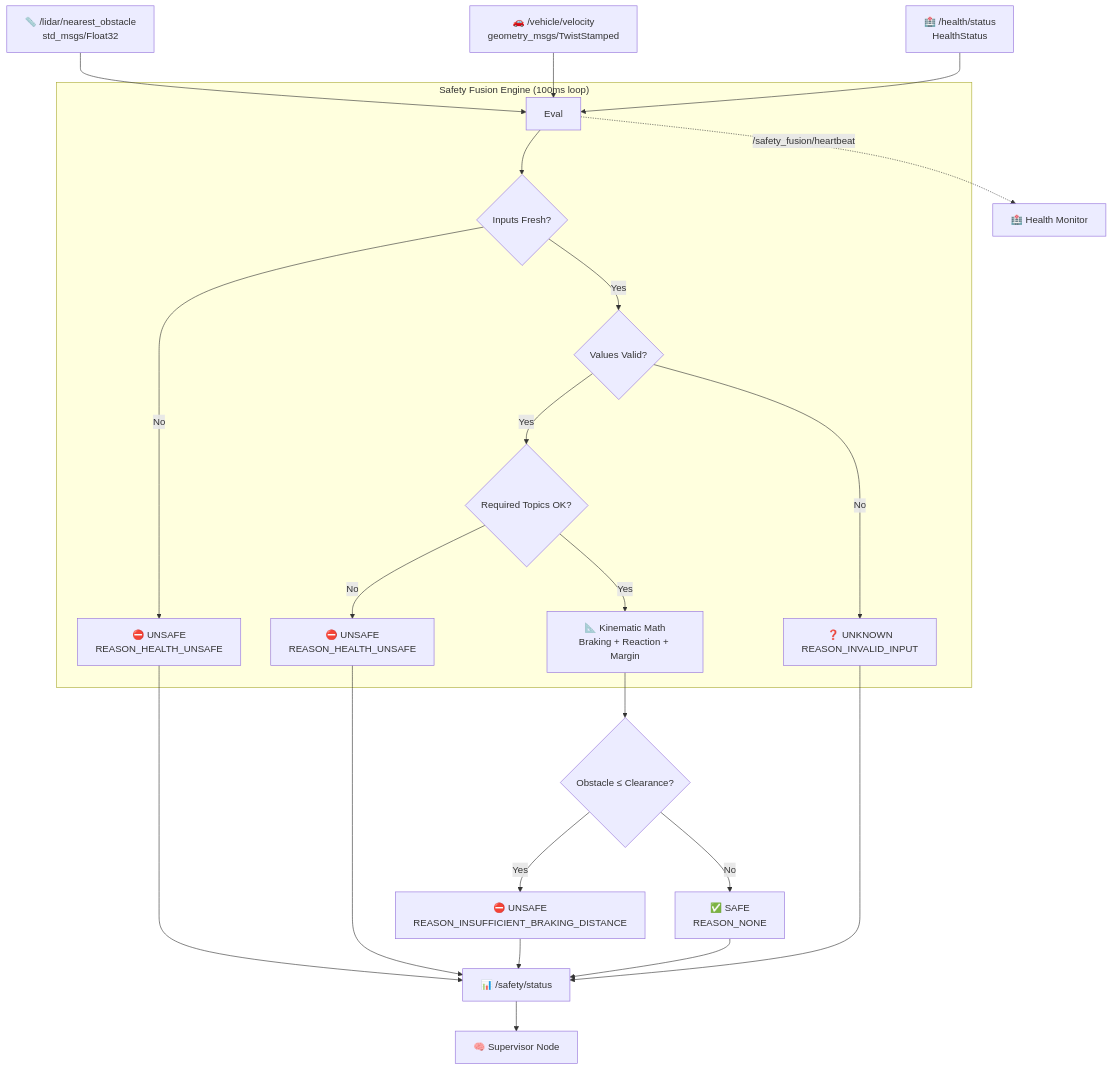
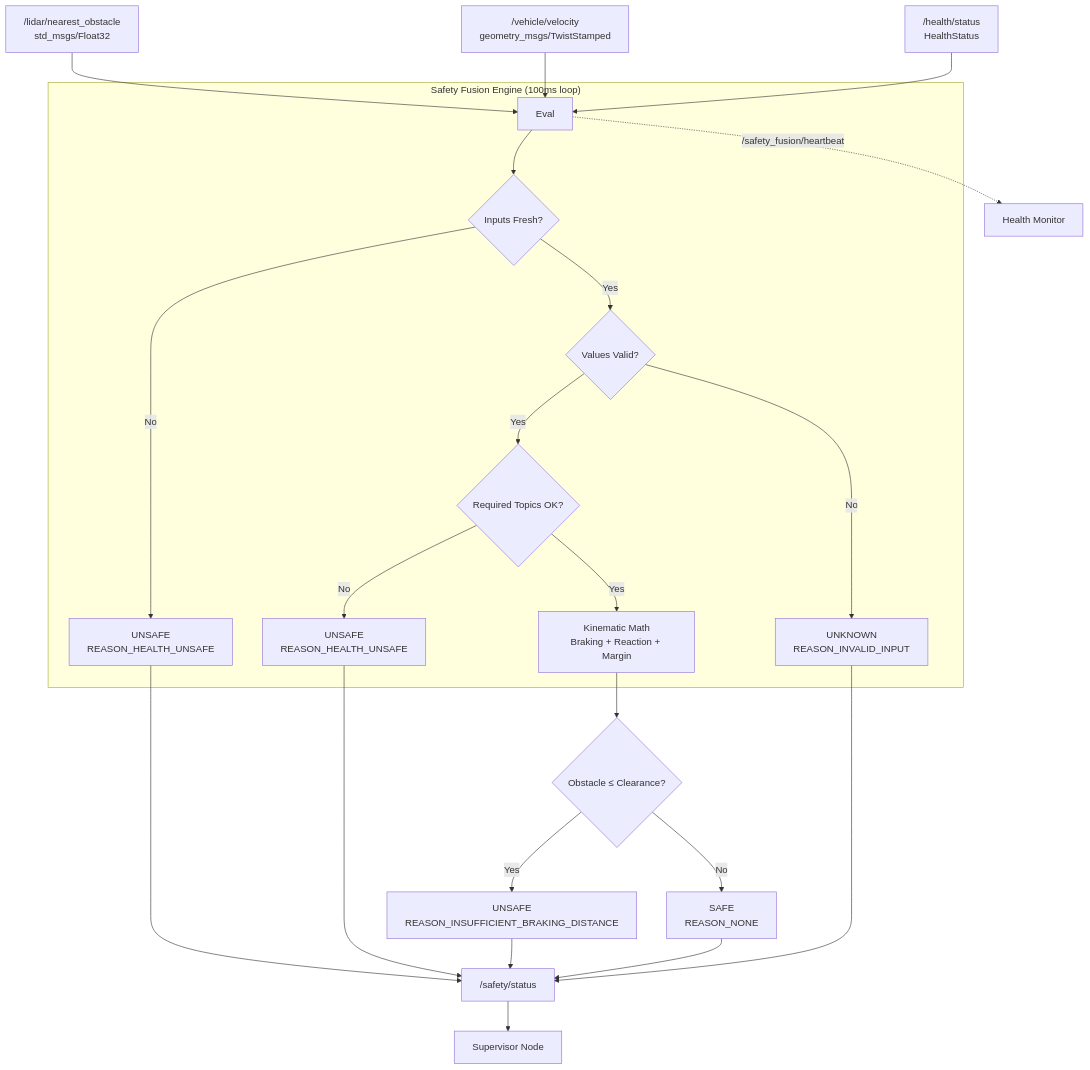
Before and after one commit to NILAMATHI1999/drone-health-modular-framework: the first of 3 diagrams in src/drone_health_safety_example/README.md, drawn with Mermaid. The commit also changed other lines of this file, not shown here.

Commit message:
Refactor README formatting and content structure

````diff
--- a/src/drone_health_safety_example/README.md
+++ b/src/drone_health_safety_example/README.md
@@ -12,29 +12,29 @@
 ```mermaid
 graph TD
-    Obs["📏 /lidar/nearest_obstacle<br/>std_msgs/Float32"] --> Eval
-    Vel["🚗 /vehicle/velocity<br/>geometry_msgs/TwistStamped"] --> Eval
-    Health["🏥 /health/status<br/>HealthStatus"] --> Eval
+    Obs[" /lidar/nearest_obstacle<br/>std_msgs/Float32"] --> Eval
+    Vel[" /vehicle/velocity<br/>geometry_msgs/TwistStamped"] --> Eval
+    Health[" /health/status<br/>HealthStatus"] --> Eval
 
     subgraph Core ["Safety Fusion Engine (100ms loop)"]
         Fresh{Inputs Fresh?}
         Valid{Values Valid?}
         HealthCheck{Required Topics OK?}
-        Math["📐 Kinematic Math<br/>Braking + Reaction + Margin"]
+        Math[" Kinematic Math<br/>Braking + Reaction + Margin"]
         Eval --> Fresh
-        Fresh -->|No| Unsafe1["⛔ UNSAFE<br/>REASON_HEALTH_UNSAFE"]
+        Fresh -->|No| Unsafe1[" UNSAFE<br/>REASON_HEALTH_UNSAFE"]
         Fresh -->|Yes| Valid
-        Valid -->|No| Unknown1["❓ UNKNOWN<br/>REASON_INVALID_INPUT"]
+        Valid -->|No| Unknown1[" UNKNOWN<br/>REASON_INVALID_INPUT"]
         Valid -->|Yes| HealthCheck
-        HealthCheck -->|No| Unsafe2["⛔ UNSAFE<br/>REASON_HEALTH_UNSAFE"]
+        HealthCheck -->|No| Unsafe2[" UNSAFE<br/>REASON_HEALTH_UNSAFE"]
         HealthCheck -->|Yes| Math
     end
 
     Math --> Decision{Obstacle ≤ Clearance?}
-    Decision -->|Yes| Unsafe3["⛔ UNSAFE<br/>REASON_INSUFFICIENT_BRAKING_DISTANCE"]
-    Decision -->|No| Safe["✅ SAFE<br/>REASON_NONE"]
+    Decision -->|Yes| Unsafe3[" UNSAFE<br/>REASON_INSUFFICIENT_BRAKING_DISTANCE"]
+    Decision -->|No| Safe[" SAFE<br/>REASON_NONE"]
 
-    Unsafe1 & Unsafe2 & Unsafe3 & Safe & Unknown1 --> Pub["📊 /safety/status"]
-    Pub --> SV["🧠 Supervisor Node"]
+    Unsafe1 & Unsafe2 & Unsafe3 & Safe & Unknown1 --> Pub[" /safety/status"]
+    Pub --> SV[" Supervisor Node"]
 
-    Eval -.->|"/safety_fusion/heartbeat"| HM["🏥 Health Monitor"]
+    Eval -.->|"/safety_fusion/heartbeat"| HM[" Health Monitor"]
 ```
````
